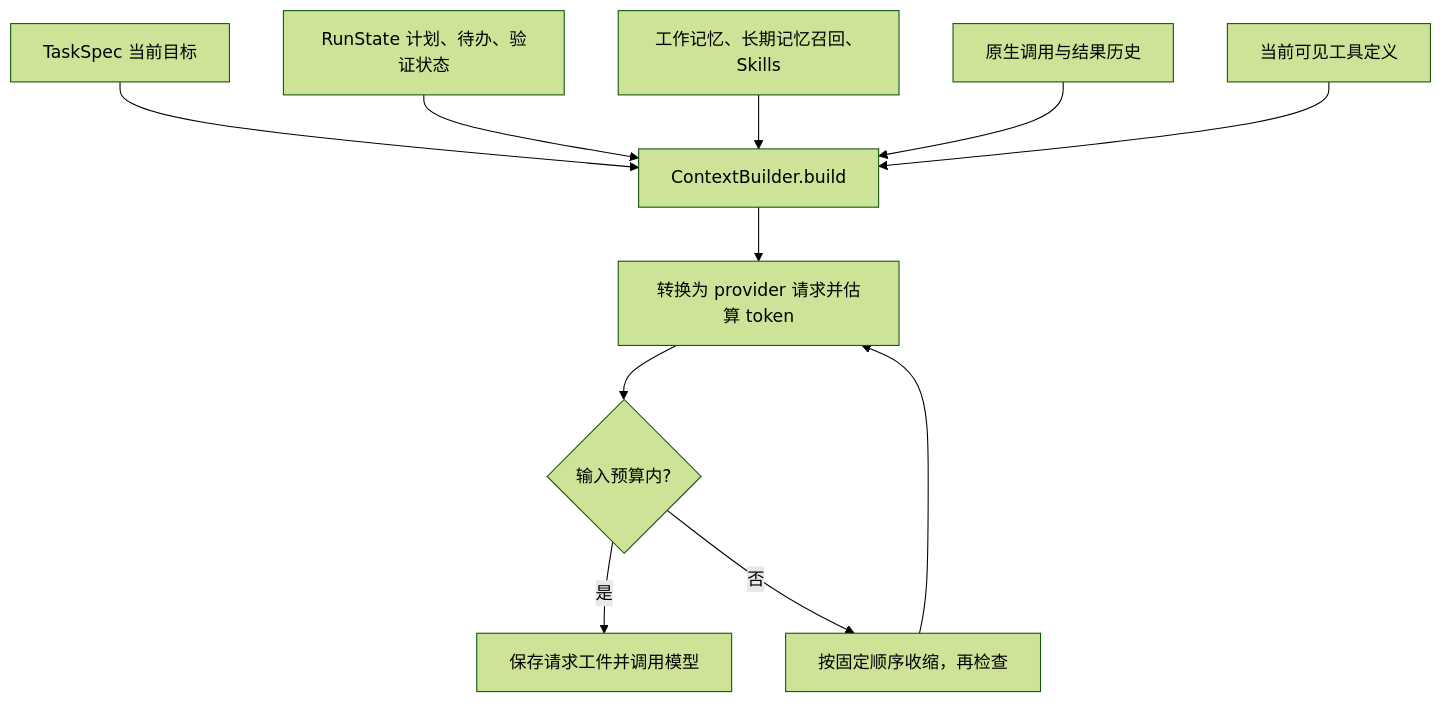
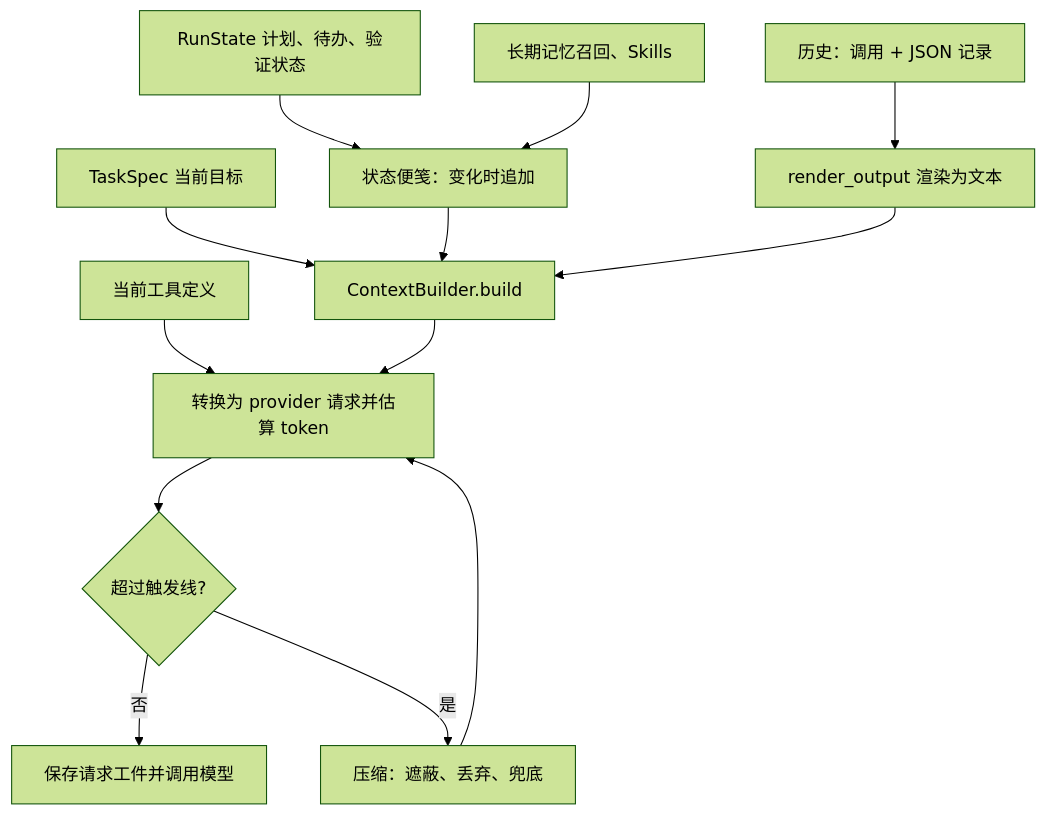
One commit to prossiblezero/Aster changed the diagram in docs/learning/06-context-budget.md. Above: the diagram before and after it, drawn with Mermaid (forest theme). The commit also changed other lines of this file and 7 other files, not shown here.

````diff
--- a/docs/learning/06-context-budget.md
+++ b/docs/learning/06-context-budget.md
@@ -31,13 +15,15 @@
 ```mermaid
 flowchart TD
     A[TaskSpec 当前目标] --> P[ContextBuilder.build]
-    B[RunState 计划、待办、验证状态] --> P
-    C[工作记忆、长期记忆召回、Skills] --> P
-    D[原生调用与结果历史] --> P
-    E[当前可见工具定义] --> P
+    B[RunState 计划、待办、验证状态] --> N[状态便笺：变化时追加]
+    C[长期记忆召回、Skills] --> N
+    N --> P
+    D[历史：调用 + JSON 记录] --> V[render_output 渲染为文本]
+    V --> P
+    E[当前工具定义] --> R
     P --> R[转换为 provider 请求并估算 token]
-    R --> Q{输入预算内?}
-    Q -->|是| S[保存请求工件并调用模型]
-    Q -->|否| T[按固定顺序收缩，再检查]
+    R --> Q{超过触发线?}
+    Q -->|否| S[保存请求工件并调用模型]
+    Q -->|是| T[压缩：遮蔽、丢弃、兜底]
     T --> R
 ```
````
